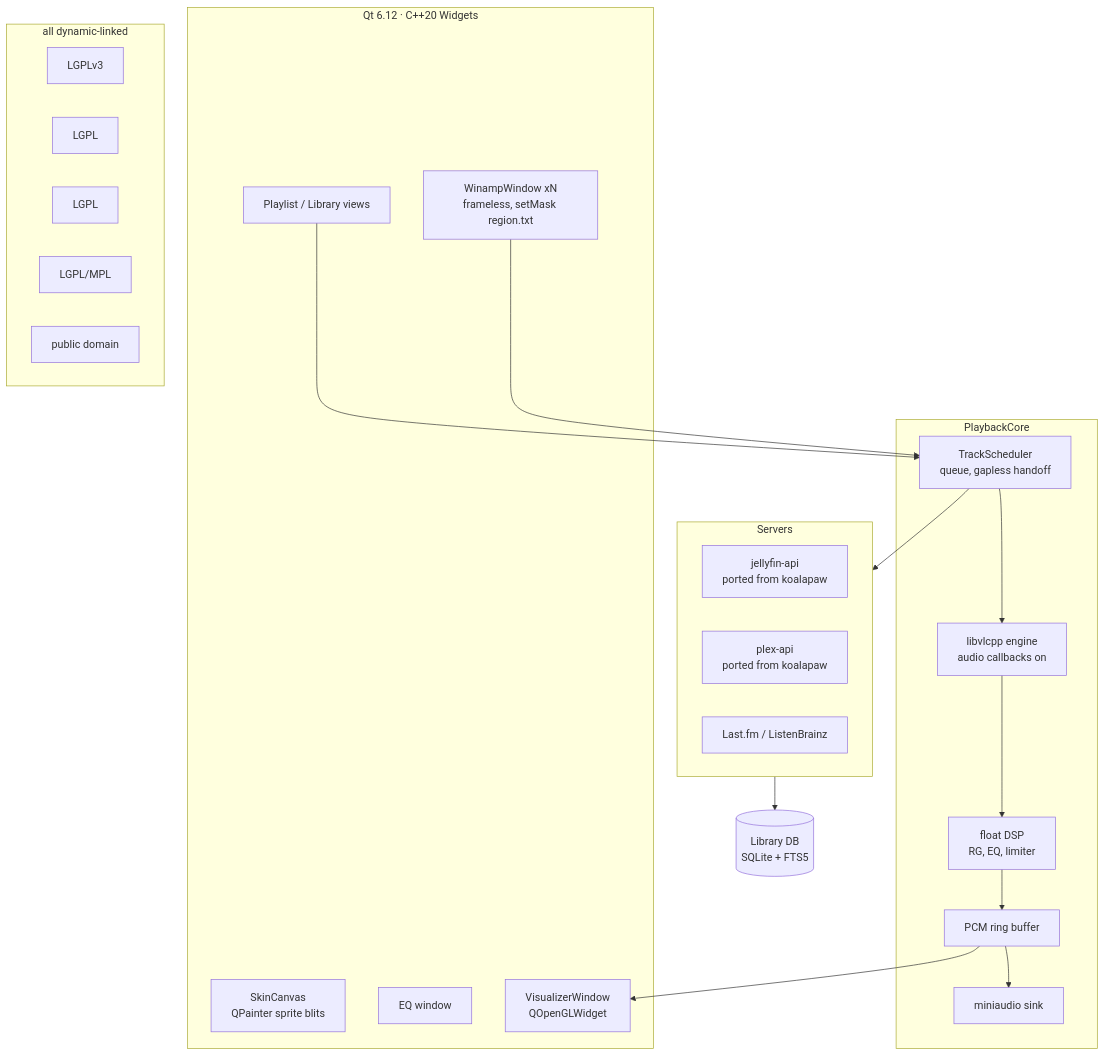
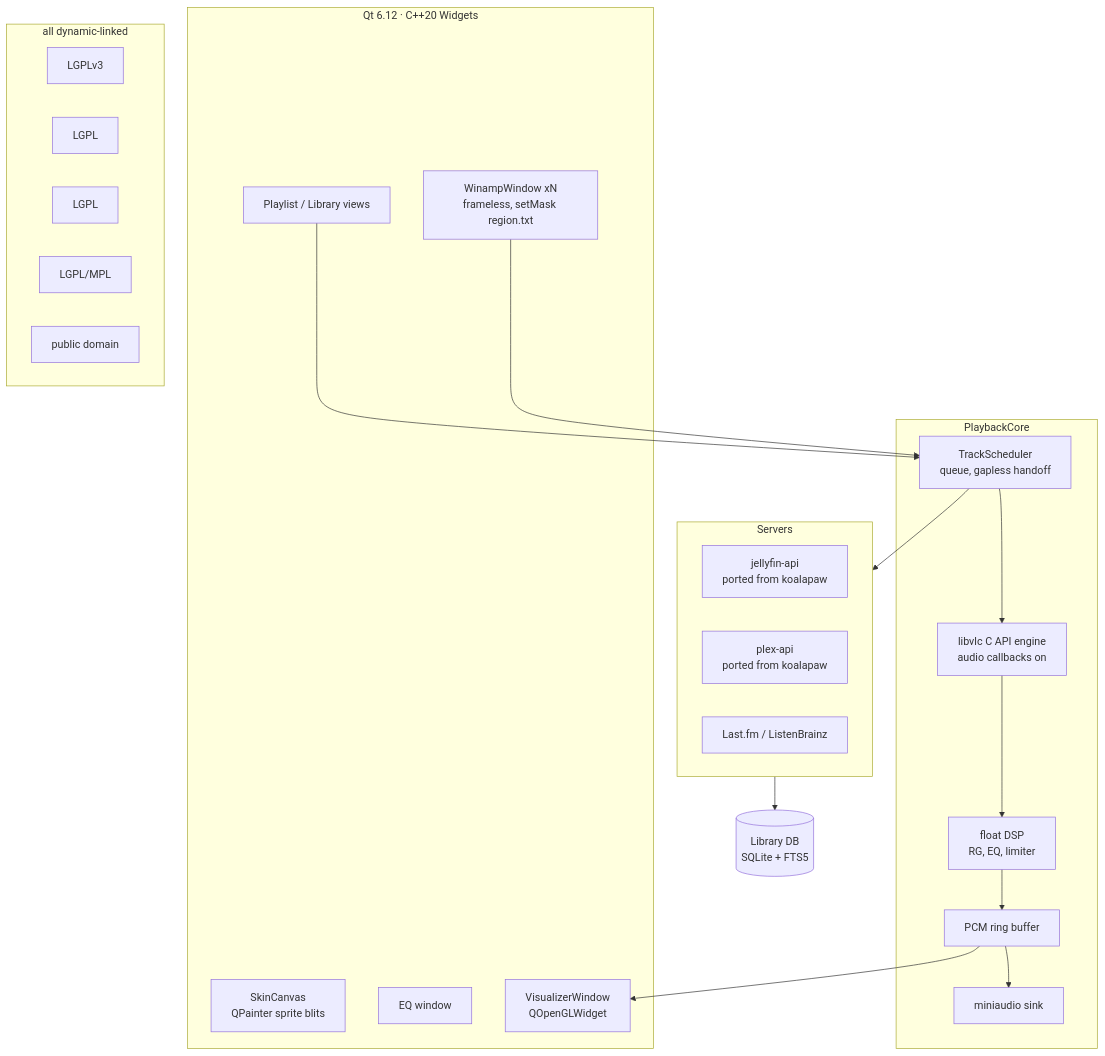
Before and after one commit to idontwantyourspamthanks/koalaamp: the diagram in docs/feasibility.md, drawn with Mermaid. The commit also changed other lines of this file and 1 other file, not shown here.

First line of the commit message:
docs: align libvlc references with the raw-C-API decision

````diff
--- a/docs/feasibility.md
+++ b/docs/feasibility.md
@@ -88,40 +88,40 @@
 ```mermaid
 flowchart TB
     subgraph UI[Qt 6.12 · C++20 Widgets]
         Win1[WinampWindow xN<br/>frameless, setMask region.txt]
         Skin[SkinCanvas<br/>QPainter sprite blits]
         PL[Playlist / Library views]
         Eq[EQ window]
         Viz[VisualizerWindow<br/>QOpenGLWidget]
     end
     subgraph Core[PlaybackCore]
         Mgr[TrackScheduler<br/>queue, gapless handoff]
-        VLC[libvlcpp engine<br/>audio callbacks on]
+        VLC[libvlc C API engine<br/>audio callbacks on]
         DSP[float DSP<br/>RG, EQ, limiter]
         Tap[PCM ring buffer]
         MA[miniaudio sink]
     end
     subgraph Libs[all dynamic-linked]
         Qt[LGPLv3]
         libvlc[LGPL]
         projectM[LGPL]
         TagLib[LGPL/MPL]
         SQLite[public domain]
     end
     subgraph Servers
         JF[jellyfin-api<br/>ported from koalapaw]
         PX[plex-api<br/>ported from koalapaw]
         Sc[Last.fm / ListenBrainz]
     end
     DB[(Library DB<br/>SQLite + FTS5)]
 
     PL --> Mgr
     Win1 --> Mgr
     Mgr --> VLC
     VLC --> DSP
     DSP --> Tap
     Tap --> MA
     Tap --> Viz
     Mgr --> Servers
     Servers --> DB
 ```
````
